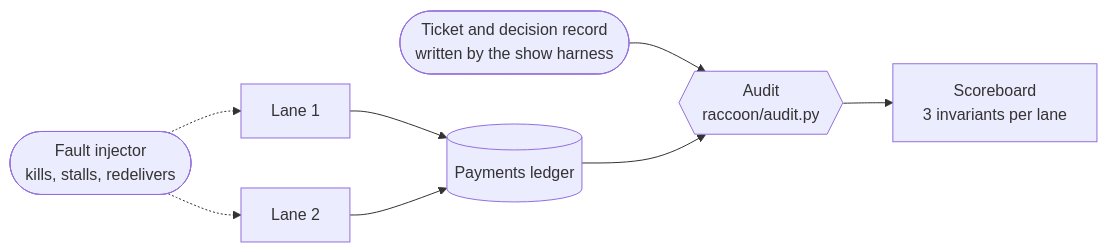
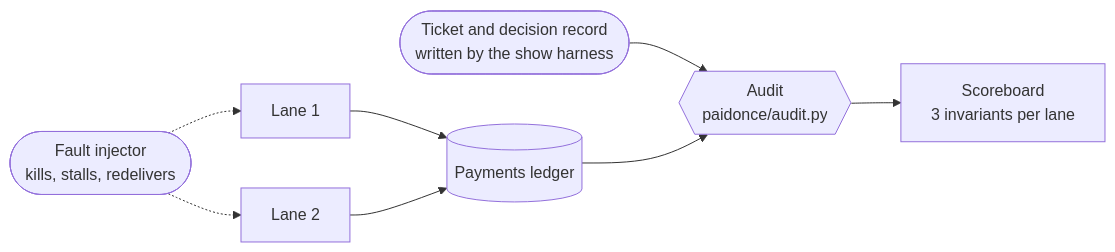
The fourth of 5 diagrams in docs/architecture.md (agileresearchservices/paid-once), drawn with Mermaid before and after one commit. The commit also changed 52 other files, not shown here.

First line of the commit message:
Rename raccoon to paidonce: package, settings and repo (#16)

````diff
--- a/docs/architecture.md
+++ b/docs/architecture.md
@@ -105,10 +105,10 @@
 ```mermaid
 flowchart LR
     Faults([Fault injector<br/>kills, stalls, redelivers]) -.-> Lane1[Lane 1]
     Faults -.-> Lane2[Lane 2]
     Lane1 --> Ledger[(Payments ledger)]
     Lane2 --> Ledger
     Intake([Ticket and decision record<br/>written by the show harness]) --> Audit
-    Ledger --> Audit{{"Audit<br/>raccoon/audit.py"}}
+    Ledger --> Audit{{"Audit<br/>paidonce/audit.py"}}
     Audit --> Board["Scoreboard<br/>3 invariants per lane"]
 ```
````
